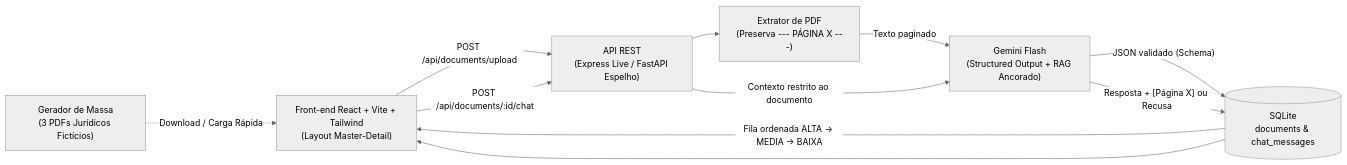
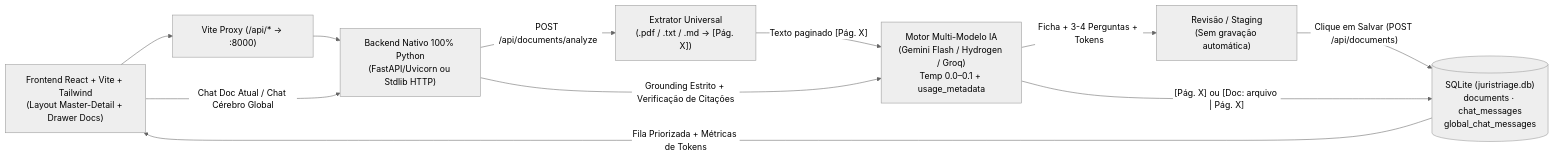
The diagram in README.md (MRWhub/legal-doc-triage-rag), drawn with Mermaid (neutral theme) before and after one commit. The commit also changed other lines of this file and 24 other files, not shown here.

````diff
--- a/README.md
+++ b/README.md
@@ -13,20 +13,20 @@
 ```mermaid
 flowchart LR
-    UI["Front-end React + Vite + Tailwind\n(Layout Master-Detail)"]
-    API["API REST\n(Express Live / FastAPI Espelho)"]
-    EXT["Extrator de PDF\n(Preserva --- PÁGINA X ---)"]
-    LLM["Gemini Flash\n(Structured Output + RAG Ancorado)"]
-    DB[("SQLite\ndocuments & chat_messages")]
-    SAMPLES["Gerador de Massa\n(3 PDFs Jurídicos Fictícios)"]
+    UI["Frontend React + Vite + Tailwind\n(Layout Master-Detail + Drawer Docs)"]
+    PROXY["Vite Proxy (/api/* → :8000)"]
+    PY["Backend Nativo 100% Python\n(FastAPI/Uvicorn ou Stdlib HTTP)"]
+    EXT["Extrator Universal\n(.pdf / .txt / .md → [Pág. X])"]
+    LLM["Motor Multi-Modelo IA\n(Gemini Flash / Hydrogen / Groq)\nTemp 0.0–0.1 + usage_metadata"]
+    STAGE["Revisão / Staging\n(Sem gravação automática)"]
+    DB[("SQLite (juristriage.db)\ndocuments · chat_messages\nglobal_chat_messages")]
 
-    SAMPLES -. "Download / Carga Rápida" .-> UI
-    UI -- "POST /api/documents/upload" --> API
-    API --> EXT
-    EXT -- "Texto paginado" --> LLM
-    LLM -- "JSON validado (Schema)" --> DB
-    DB -- "Fila ordenada ALTA → MEDIA → BAIXA" --> UI
-    UI -- "POST /api/documents/:id/chat" --> API
-    API -- "Contexto restrito ao documento" --> LLM
-    LLM -- "Resposta + [Página X] ou Recusa" --> DB
-    DB --> UI
+    UI --> PROXY --> PY
+    PY -- "POST /api/documents/analyze" --> EXT
+    EXT -- "Texto paginado [Pág. X]" --> LLM
+    LLM -- "Ficha + 3-4 Perguntas + Tokens" --> STAGE
+    STAGE -- "Clique em Salvar (POST /api/documents)" --> DB
+    DB -- "Fila Priorizada + Métricas de Tokens" --> UI
+    UI -- "Chat Doc Atual / Chat Cérebro Global" --> PY
+    PY -- "Grounding Estrito + Verificação de Citações" --> LLM
+    LLM -- "[Pág. X] ou [Doc: arquivo | Pág. X]" --> DB
 ```
````
